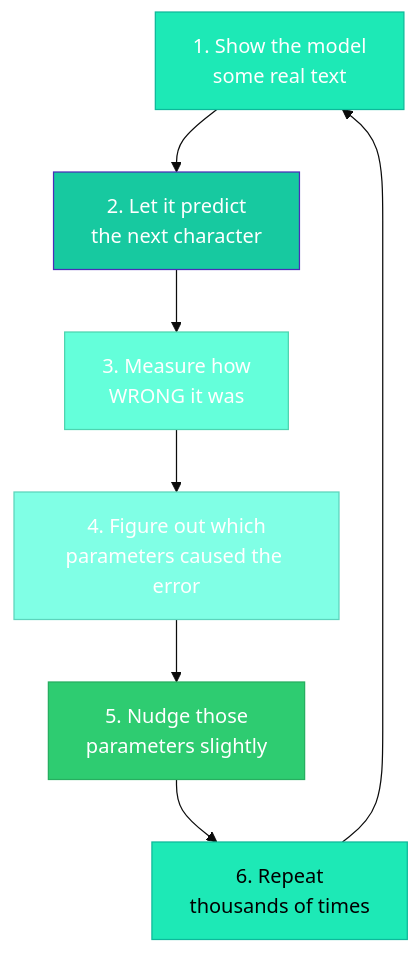
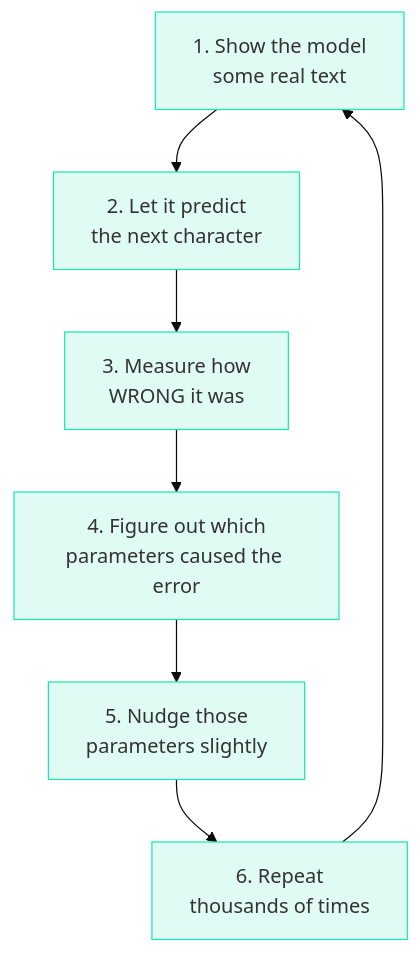
One commit to iamkhalid2/microgpt-course changed the second of 2 diagrams in docs/00-the-big-picture/00-what-is-a-language-model.md. Above: the diagram before and after it, drawn with Mermaid (base theme). The commit also changed other lines of this file and 21 other files, not shown here.

Commit message:
Fix Mermaid: remove hardcoded text color (theme-adaptive), add mobile scrolling, fix \\n to br

````diff
--- a/docs/00-the-big-picture/00-what-is-a-language-model.md
+++ b/docs/00-the-big-picture/00-what-is-a-language-model.md
@@ -50,16 +50,16 @@
 ```mermaid
 flowchart TD
-    A["1. Show the model\nsome real text"] --> B["2. Let it predict\nthe next character"]
-    B --> C["3. Measure how\nWRONG it was"]
-    C --> D["4. Figure out which\nparameters caused the error"]
-    D --> E["5. Nudge those\nparameters slightly"]
-    E --> F["6. Repeat\nthousands of times"]
+    A["1. Show the model<br>some real text"] --> B["2. Let it predict<br>the next character"]
+    B --> C["3. Measure how<br>WRONG it was"]
+    C --> D["4. Figure out which<br>parameters caused the error"]
+    D --> E["5. Nudge those<br>parameters slightly"]
+    E --> F["6. Repeat<br>thousands of times"]
     F --> A
 
-    style A fill:#1de9b6,stroke:#0db99a,color:#fff
-    style B fill:#17c9a0,stroke:#4a2db8,color:#fff
-    style C fill:#64ffda,stroke:#4dd4b0,color:#fff
-    style D fill:#80ffe5,stroke:#5cd4bc,color:#fff
-    style E fill:#2ecc71,stroke:#27ae60,color:#fff
-    style F fill:#1de9b6,stroke:#0db99a,color:#000
+    style A fill:#e0faf4,stroke:#1de9b6
+    style B fill:#e0faf4,stroke:#1de9b6
+    style C fill:#e0faf4,stroke:#1de9b6
+    style D fill:#e0faf4,stroke:#1de9b6
+    style E fill:#e0faf4,stroke:#1de9b6
+    style F fill:#e0faf4,stroke:#1de9b6
 ```
````
